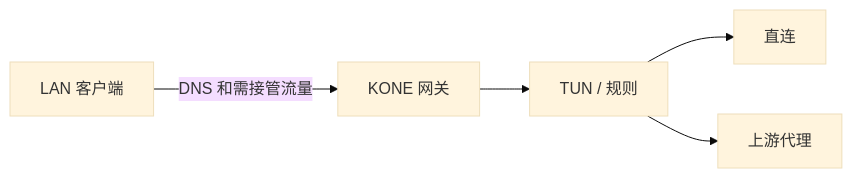
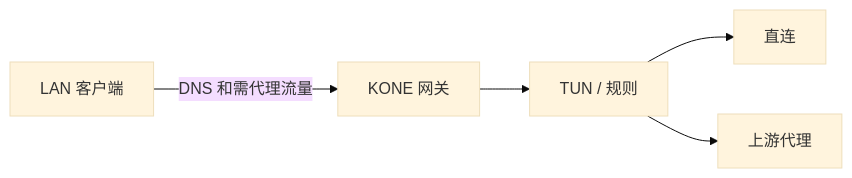
Before and after one commit to xjdrew/kone: the second of 2 diagrams in docs/user/usage.md, drawn with Mermaid (base theme). The commit also changed other lines of this file and 65 other files, not shown here.

````diff
--- a/docs/user/usage.md
+++ b/docs/user/usage.md
@@ -80,7 +81,7 @@
 ```mermaid
 flowchart LR
-  C[LAN 客户端] -->|DNS 和需接管流量| G[KONE 网关]
+  C[LAN 客户端] -->|DNS 和需代理流量| G[KONE 网关]
   G --> T[TUN / 规则]
   T --> D[直连]
   T --> P[上游代理]
 ```
````
